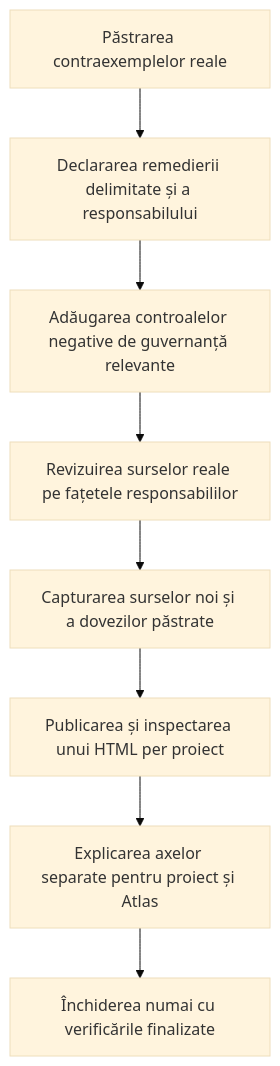
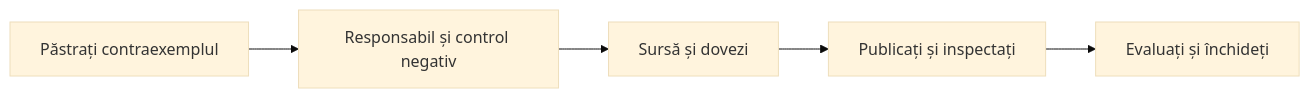
One commit to crististefanita/ATF_AI changed the diagram in docs/feedback/Atlas_Depth_And_Assessment.md. Above: the diagram before and after it, drawn with Mermaid (base theme). The commit also changed other lines of this file and 111 other files, not shown here.

````diff
--- a/docs/feedback/Atlas_Depth_And_Assessment.md
+++ b/docs/feedback/Atlas_Depth_And_Assessment.md
@@ -20,10 +20,7 @@
 ```mermaid
-flowchart TB
-    Reproduce["Păstrarea contraexemplelor reale"] --> Contract["Declararea remedierii delimitate și a responsabilului"]
-    Contract --> Negative["Adăugarea controalelor negative de guvernanță relevante"]
-    Negative --> Review["Revizuirea surselor reale pe fațetele responsabililor"]
-    Review --> Capture["Capturarea surselor noi și a dovezilor păstrate"]
-    Capture --> Deliver["Publicarea și inspectarea unui HTML per proiect"]
-    Deliver --> Assess["Explicarea axelor separate pentru proiect și Atlas"]
-    Assess --> Close["Închiderea numai cu verificările finalizate"]
+flowchart LR
+    Reproduce["Păstrați contraexemplul"] --> Repair["Responsabil și control negativ"]
+    Repair --> Inspect["Sursă și dovezi"]
+    Inspect --> Deliver["Publicați și inspectați"]
+    Deliver --> Close["Evaluați și închideți"]
 ```
````
